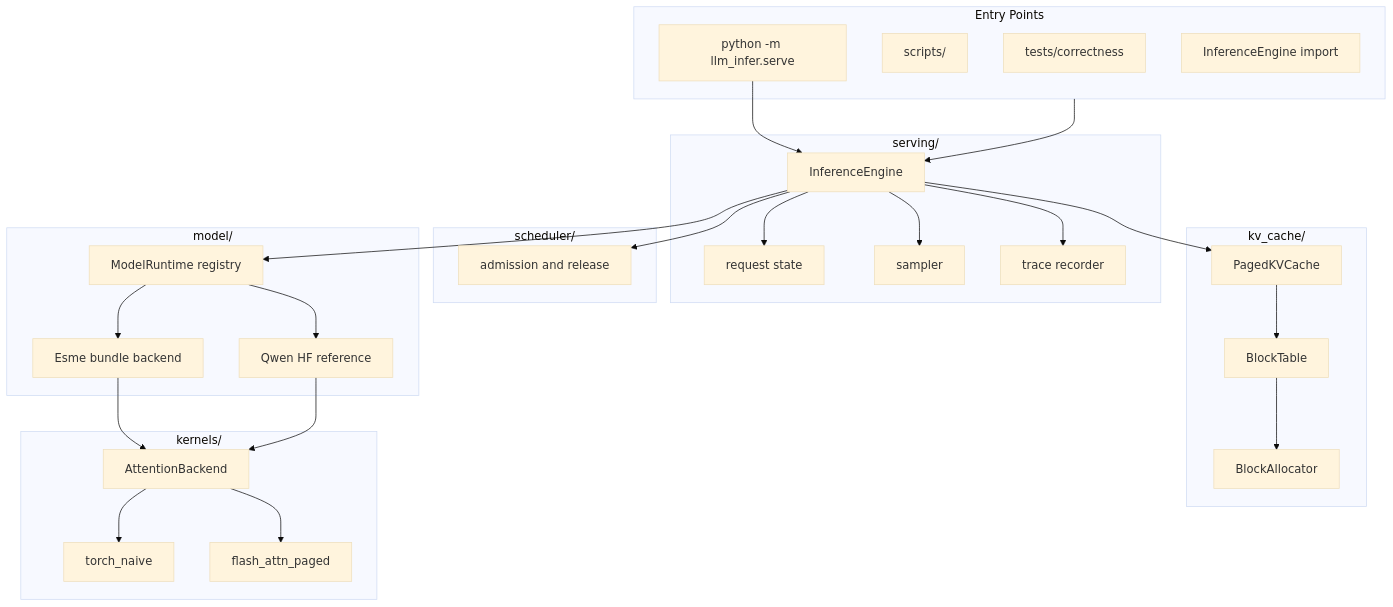
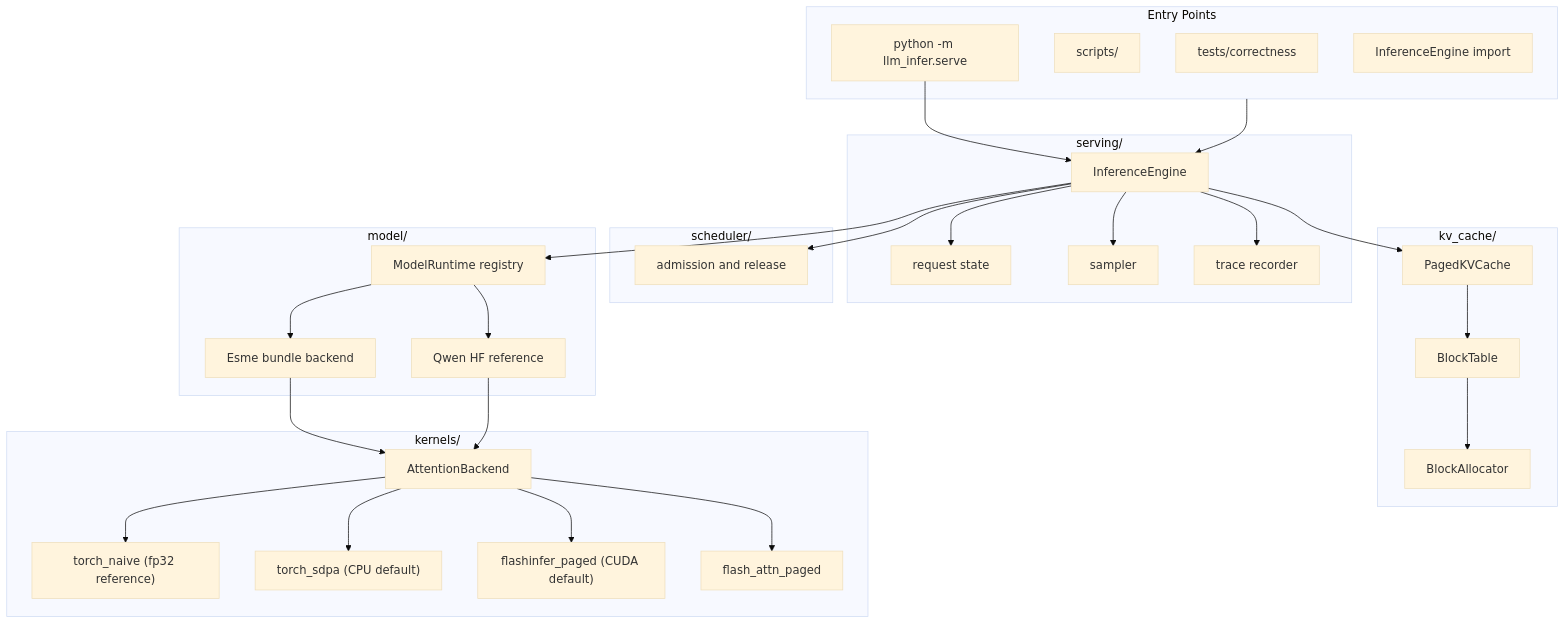
One commit to adamthuvesen/llm-infer changed the diagram in docs/architecture.md. Above: the diagram before and after it, drawn with Mermaid (base theme). The commit also changed other lines of this file and 9 other files, not shown here.

````diff
--- a/docs/architecture.md
+++ b/docs/architecture.md
@@ -10,55 +10,59 @@
 ```mermaid
 flowchart TB
     subgraph entry [Entry Points]
         Tests["tests/correctness"]
         Scripts["scripts/"]
         Server["python -m llm_infer.serve"]
         Library["InferenceEngine import"]
     end
 
     subgraph serving [serving/]
         Engine["InferenceEngine"]
         Request["request state"]
         Sampler["sampler"]
         Trace["trace recorder"]
     end
 
     subgraph scheduler [scheduler/]
         Sched["admission and release"]
     end
 
     subgraph cache [kv_cache/]
         KV["PagedKVCache"]
         Table["BlockTable"]
         Alloc["BlockAllocator"]
     end
 
     subgraph model [model/]
         Runtime["ModelRuntime registry"]
         Esme["Esme bundle backend"]
         Qwen["Qwen HF reference"]
     end
 
     subgraph kernels [kernels/]
         API["AttentionBackend"]
-        Naive["torch_naive"]
+        Naive["torch_naive (fp32 reference)"]
+        SDPA["torch_sdpa (CPU default)"]
+        FI["flashinfer_paged (CUDA default)"]
         Flash["flash_attn_paged"]
     end
 
     entry --> Engine
     Server --> Engine
     Engine --> Sched
     Engine --> Request
     Engine --> Sampler
     Engine --> Trace
     Engine --> Runtime
     Engine --> KV
     Runtime --> Esme
     Runtime --> Qwen
     Esme --> API
     Qwen --> API
     API --> Naive
+    API --> SDPA
+    API --> FI
     API --> Flash
     KV --> Table
     Table --> Alloc
 ```
````
